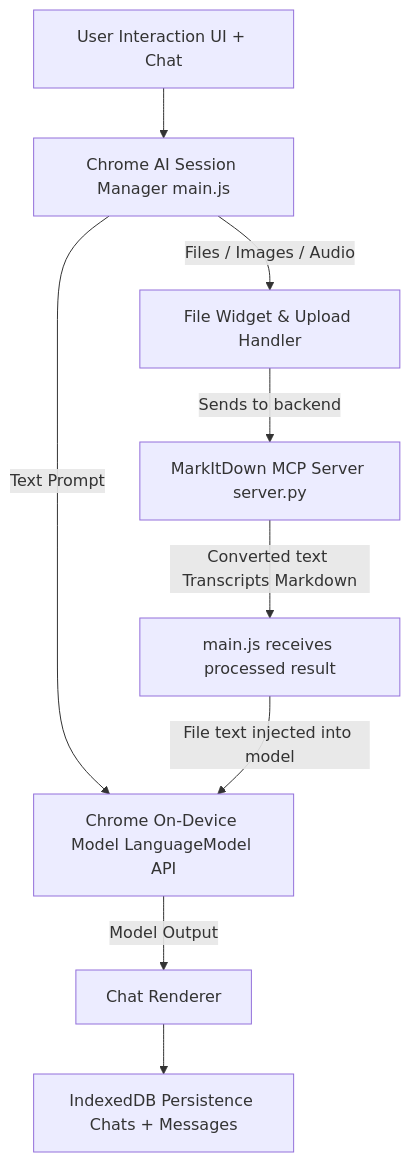
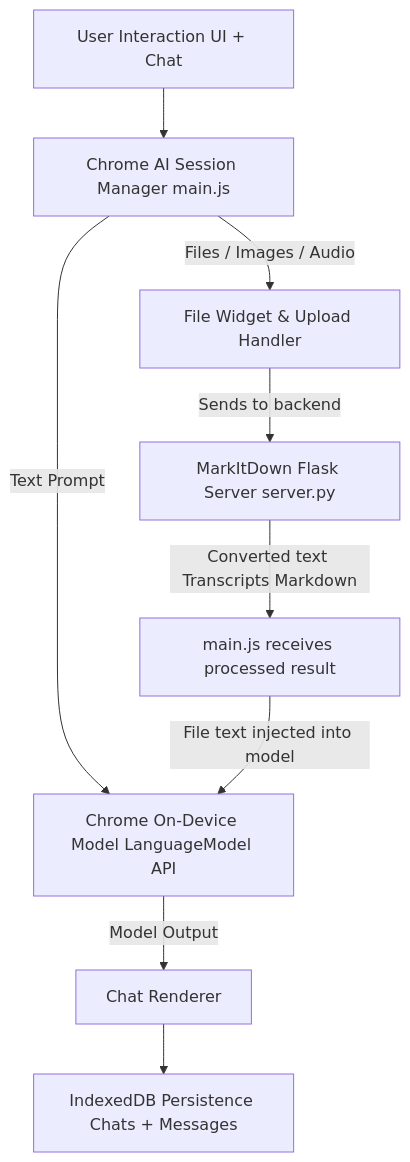
One commit to jxspam/optiease-ai-local-chrome-chatbot changed the first of 3 diagrams in README.md. Above: the diagram before and after it, drawn with Mermaid. The commit also changed other lines of this file and 6 other files, not shown here.

````diff
--- a/README.md
+++ b/README.md
@@ -41,15 +41,15 @@
 ```mermaid
 flowchart TD
     A[User Interaction UI + Chat] --> B[Chrome AI Session Manager main.js]
     B -->|Text Prompt| C[Chrome On-Device Model LanguageModel API]
     B -->|Files / Images / Audio| D[File Widget & Upload Handler]
 
-    D -->|Sends to backend| E[MarkItDown MCP Server server.py]
+    D -->|Sends to backend| E[MarkItDown Flask Server server.py]
 
     E -->|Converted text Transcripts Markdown| F[main.js receives processed result]
 
     C -->|Model Output| G[Chat Renderer]
     F -->|File text injected into model| C
 
     G --> H[IndexedDB Persistence Chats + Messages]
 ```
````
